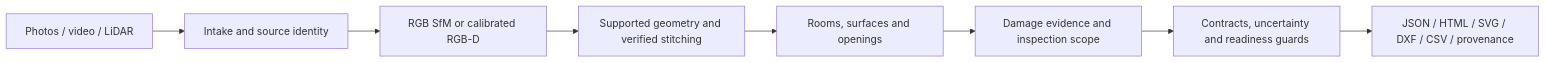
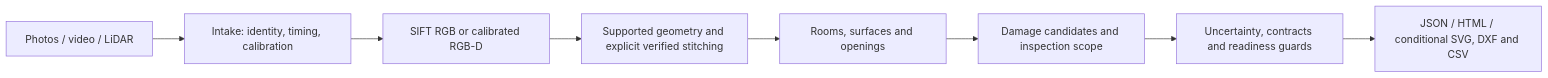
One commit to Tarun11112003/phone-to-floorplan changed the diagram in README.md. Above: the diagram before and after it, drawn with Mermaid. The commit also changed other lines of this file and 123 other files, not shown here.

````diff
--- a/README.md
+++ b/README.md
@@ -41,10 +43,10 @@
 ```mermaid
 flowchart LR
-  A[Photos / video / LiDAR] --> B[Intake and source identity]
-  B --> C[RGB SfM or calibrated RGB-D]
-  C --> D[Supported geometry and verified stitching]
+  A[Photos / video / LiDAR] --> B[Intake: identity, timing, calibration]
+  B --> C[SIFT RGB or calibrated RGB-D]
+  C --> D[Supported geometry and explicit verified stitching]
   D --> E[Rooms, surfaces and openings]
-  E --> F[Damage evidence and inspection scope]
-  F --> G[Contracts, uncertainty and readiness guards]
-  G --> H[JSON / HTML / SVG / DXF / CSV / provenance]
+  E --> F[Damage candidates and inspection scope]
+  F --> G[Uncertainty, contracts and readiness guards]
+  G --> H[JSON / HTML / conditional SVG, DXF and CSV]
 ```
````
